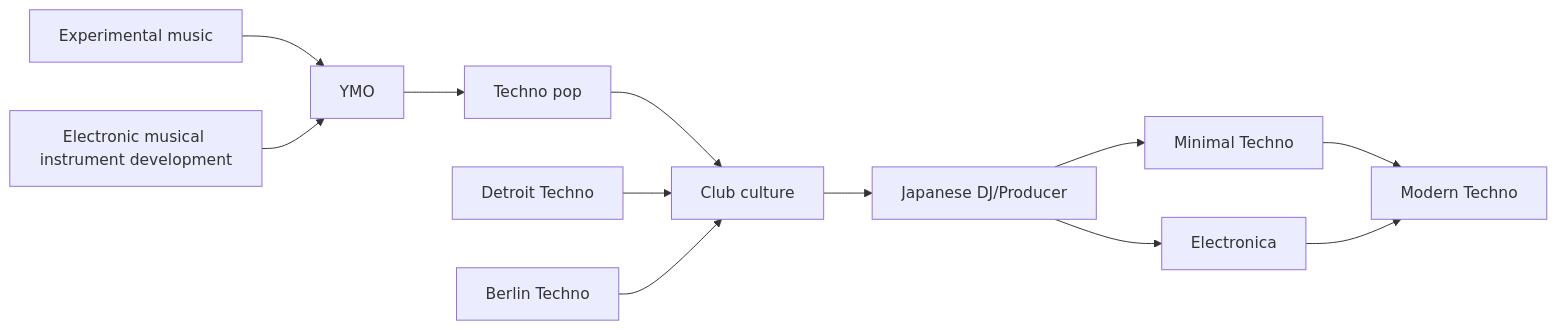
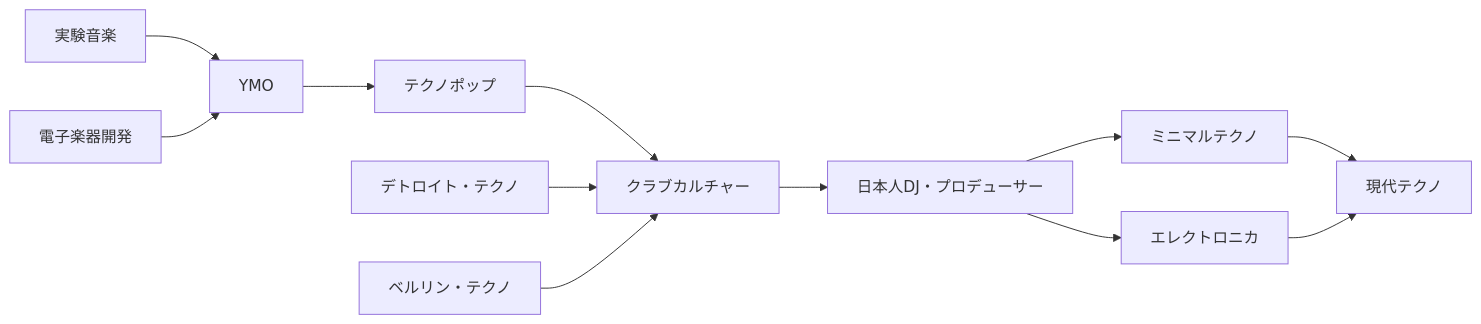
Before and after one commit to monumental-movement/monumental-movement.github.io: the fifth of 6 diagrams in en/_posts/2026-06-27-column-japanese-techno.md, drawn with Mermaid. The commit also changed other lines of this file and 2196 other files, not shown here.

```diff
--- a/en/_posts/2026-06-27-column-japanese-techno.md
+++ b/en/_posts/2026-06-27-column-japanese-techno.md
@@ -641,28 +640,28 @@
 <div class="mermaid">
 flowchart LR
 
-A["Experimental music"]
-B["Electronic musical instrument development"]
+A["実験音楽"]
+B["電子楽器開発"]
 C["YMO"]
-D["Techno pop"]
-E["Club culture"]
-F["Detroit Techno"]
-G["Berlin Techno"]
-H["Japanese DJ/Producer"]
-I["Minimal Techno"]
-J["Electronica"]
-K["Modern Techno"]
+D["テクノポップ"]
+E["クラブカルチャー"]
+F["デトロイト・テクノ"]
+G["ベルリン・テクノ"]
+H["日本人DJ・プロデューサー"]
+I["ミニマルテクノ"]
+J["エレクトロニカ"]
+K["現代テクノ"]
 
 A --> C
 B --> C
 C --> D
 D --> E
 F --> E
 G --> E
 E --> H
 H --> I
 H --> J
 I --> K
 J --> K
 
 </div>
```
